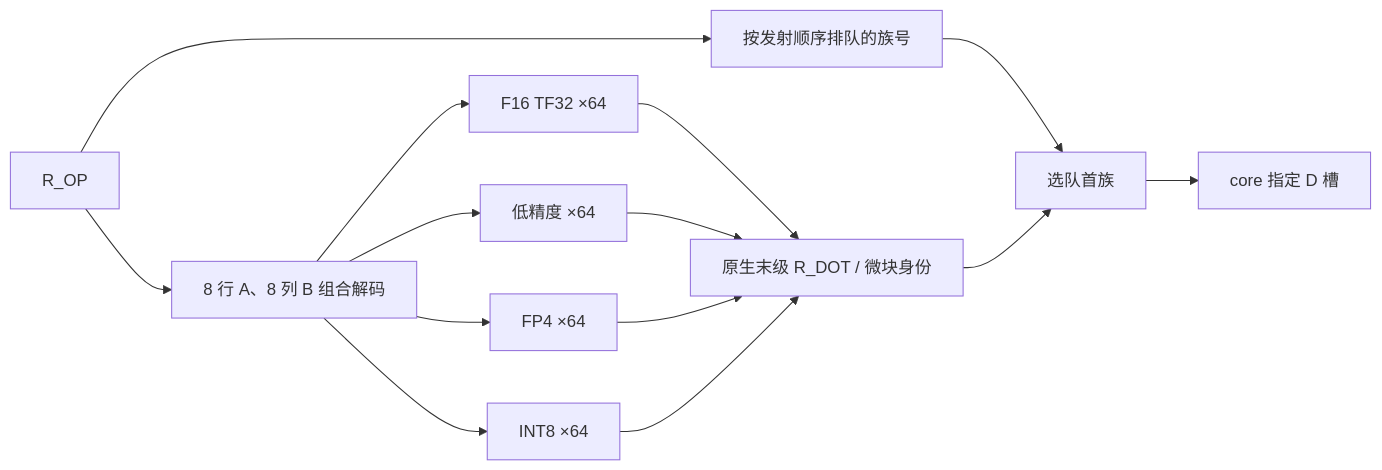
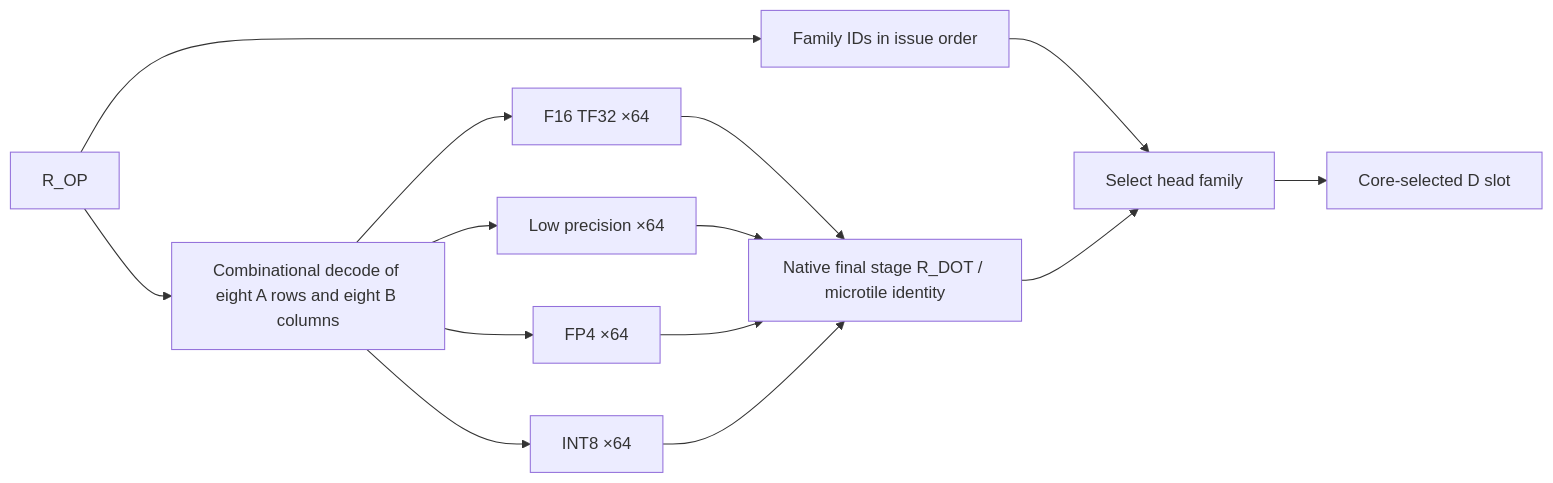
One commit to yuhin777/Allegro changed the diagram in doc/rtl_specs/tensor_core/blackwell_tc_dot_array.md. Above: the diagram before and after it, drawn with Mermaid. The commit also changed other lines of this file and 45 other files, not shown here.

````diff
--- a/doc/rtl_specs/tensor_core/blackwell_tc_dot_array.md
+++ b/doc/rtl_specs/tensor_core/blackwell_tc_dot_array.md
@@ -16,12 +16,12 @@
 ```mermaid
 flowchart LR
-    OP[R_OP] --> AD[8 行 A、8 列 B 组合解码]
+    OP[R_OP] --> AD["Combinational decode of eight A rows and eight B columns"]
     AD --> F[F16 TF32 ×64]
-    AD --> L[低精度 ×64]
+    AD --> L["Low precision ×64"]
     AD --> M[FP4 ×64]
     AD --> I[INT8 ×64]
-    F & L & M & I --> D[原生末级 R_DOT / 微块身份]
-    OP --> Q[按发射顺序排队的族号]
-    Q --> SEL[选队首族]
-    D --> SEL --> SLOT[core 指定 D 槽]
+    F & L & M & I --> D["Native final stage R_DOT / microtile identity"]
+    OP --> Q["Family IDs in issue order"]
+    Q --> SEL["Select head family"]
+    D --> SEL --> SLOT["Core-selected D slot"]
 ```
````
